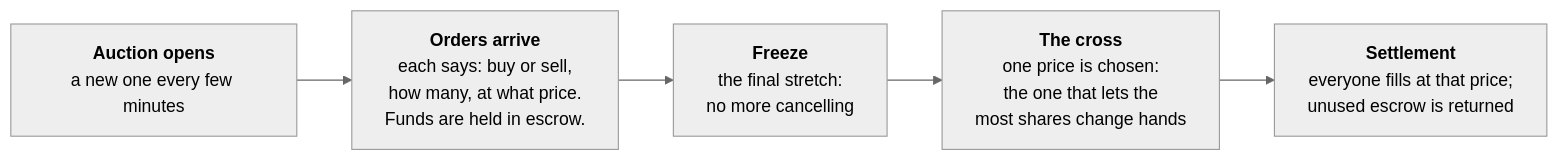
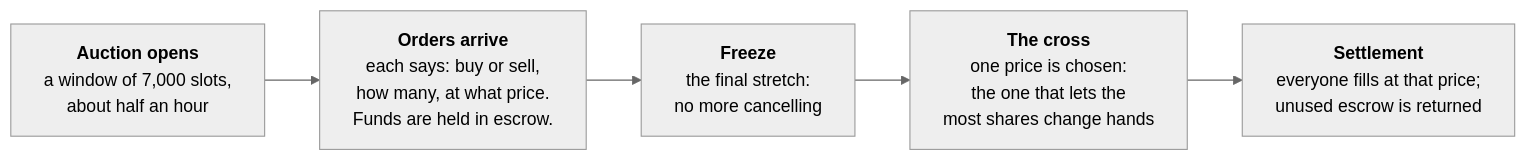
The diagram in README.md (Uncross-Org/uncross), drawn with Mermaid (neutral theme) before and after one commit. The commit also changed other lines of this file, not shown here.

````diff
--- a/README.md
+++ b/README.md
@@ -30,7 +37,7 @@
 ```mermaid
 flowchart LR
-    A["<b>Auction opens</b><br/>a new one every few minutes"] --> B["<b>Orders arrive</b><br/>each says: buy or sell,<br/>how many, at what price.<br/>Funds are held in escrow."]
+    A["<b>Auction opens</b><br/>a window of 7,000 slots,<br/>about half an hour"] --> B["<b>Orders arrive</b><br/>each says: buy or sell,<br/>how many, at what price.<br/>Funds are held in escrow."]
     B --> C["<b>Freeze</b><br/>the final stretch:<br/>no more cancelling"]
     C --> D["<b>The cross</b><br/>one price is chosen:<br/>the one that lets the<br/>most shares change hands"]
     D --> E["<b>Settlement</b><br/>everyone fills at that price;<br/>unused escrow is returned"]
 ```
````
